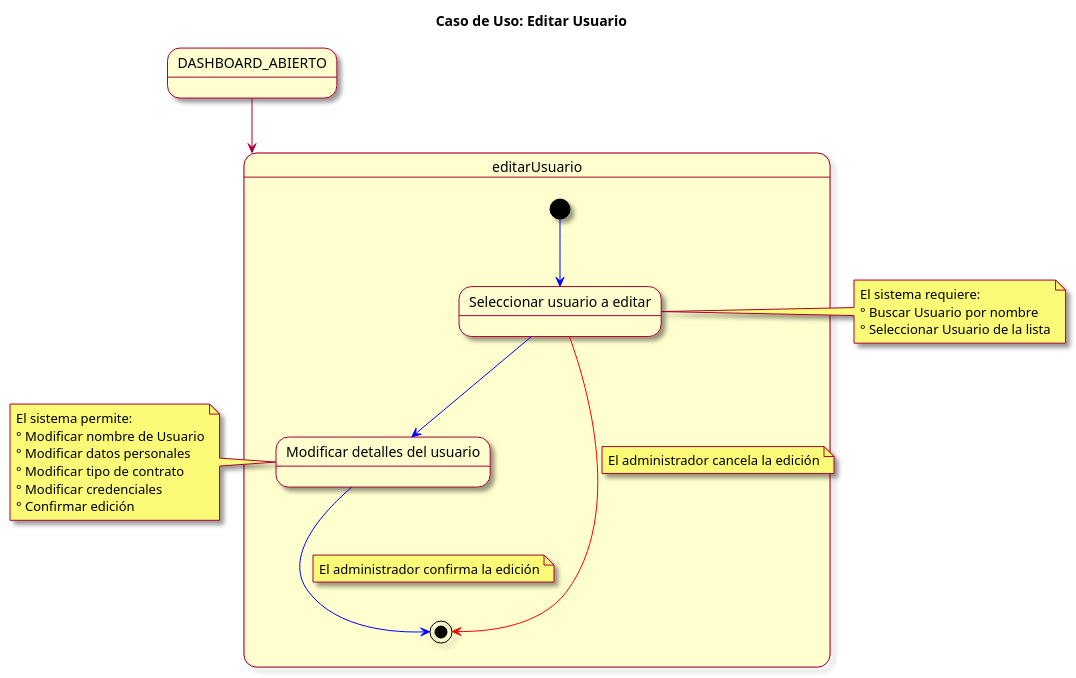
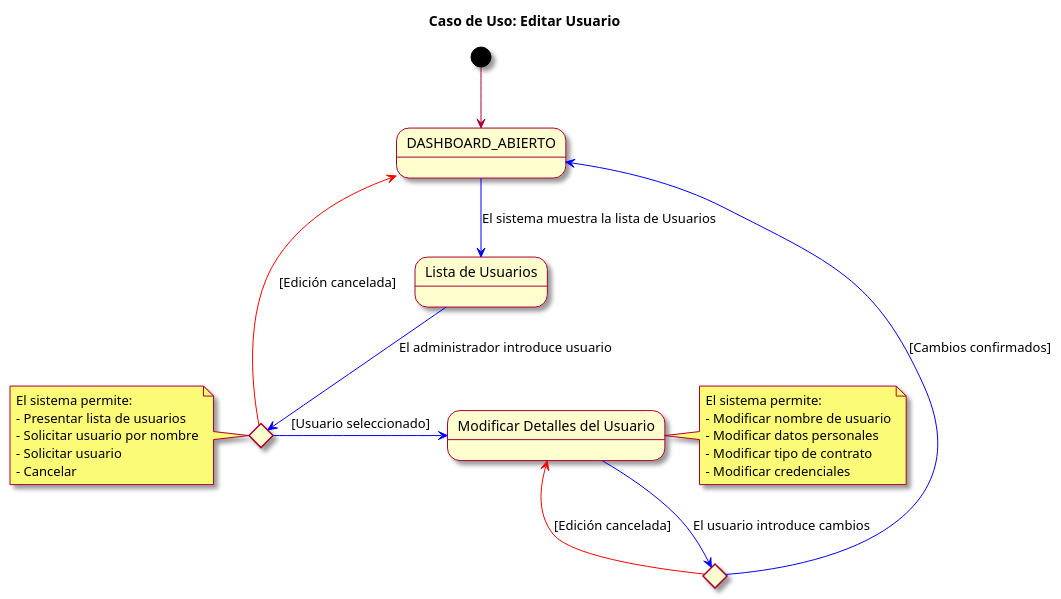
Before and after one commit to mmasias/23-24-IdSw1-SDR: the diagram in modelosUML/casosDeUso/detalles/editarUsuario.puml, drawn with PlantUML.

Commit message:
modificado caso de uso editar usuario

```diff
--- a/modelosUML/casosDeUso/detalles/editarUsuario.puml
+++ b/modelosUML/casosDeUso/detalles/editarUsuario.puml
@@ -1,36 +1,37 @@
 @startuml
 skin rose
 title Caso de Uso: Editar Usuario
 
-state DASHBOARD_ABIERTO
+state DASHBOARD_ABIERTO as "DASHBOARD_ABIERTO"
+state ListaUsuarios as "Lista de Usuarios"
+state SeleccionarUsuario <<choice>>
+state ModificarDetallesUsuario as "Modificar Detalles del Usuario"
+state ConfirmarCambios <<choice>>
 
-DASHBOARD_ABIERTO --> editarUsuario
+[*] -d-> DASHBOARD_ABIERTO
+DASHBOARD_ABIERTO -d[#blue]-> ListaUsuarios : El sistema muestra la lista de Usuarios
+ListaUsuarios -d[#blue]-> SeleccionarUsuario : El administrador introduce usuario
+SeleccionarUsuario -r[#blue]-> ModificarDetallesUsuario : [Usuario seleccionado]
+ModificarDetallesUsuario -d[#blue]-> ConfirmarCambios : El usuario introduce cambios
+ConfirmarCambios -r[#blue]-> DASHBOARD_ABIERTO : [Cambios confirmados]
+ConfirmarCambios -l[#red]-> ModificarDetallesUsuario : [Edición cancelada]
+SeleccionarUsuario -l[#red]-> DASHBOARD_ABIERTO : [Edición cancelada]
 
-state editarUsuario {
-  [*] -[#blue]-> seleccionarUsuario
-  state "Seleccionar usuario a editar" as seleccionarUsuario
-  seleccionarUsuario -[#blue]-> modificarDetallesUsuario
-  state "Modificar detalles del usuario" as modificarDetallesUsuario
-  modificarDetallesUsuario -[#blue]-> [*]
-  note on link: El administrador confirma la edición
-  
-  seleccionarUsuario -[#red]-> [*]
-  note on link: El administrador cancela la edición
-}
-
-note left of modificarDetallesUsuario
+note right of ModificarDetallesUsuario
   El sistema permite:
-  ° Modificar nombre de Usuario
-  ° Modificar datos personales
-  ° Modificar tipo de contrato
-  ° Modificar credenciales
-  ° Confirmar edición
+  - Modificar nombre de usuario
+  - Modificar datos personales
+  - Modificar tipo de contrato
+  - Modificar credenciales
 end note
 
-note left of seleccionarUsuario
-  El sistema requiere:
-  ° Buscar Usuario por nombre
-  ° Seleccionar Usuario de la lista
+note left of SeleccionarUsuario
+  El sistema permite:
+  - Presentar lista de usuarios
+  - Solicitar usuario por nombre
+  - Solicitar usuario
+  - Cancelar
 end note
 
+
 @enduml
```
